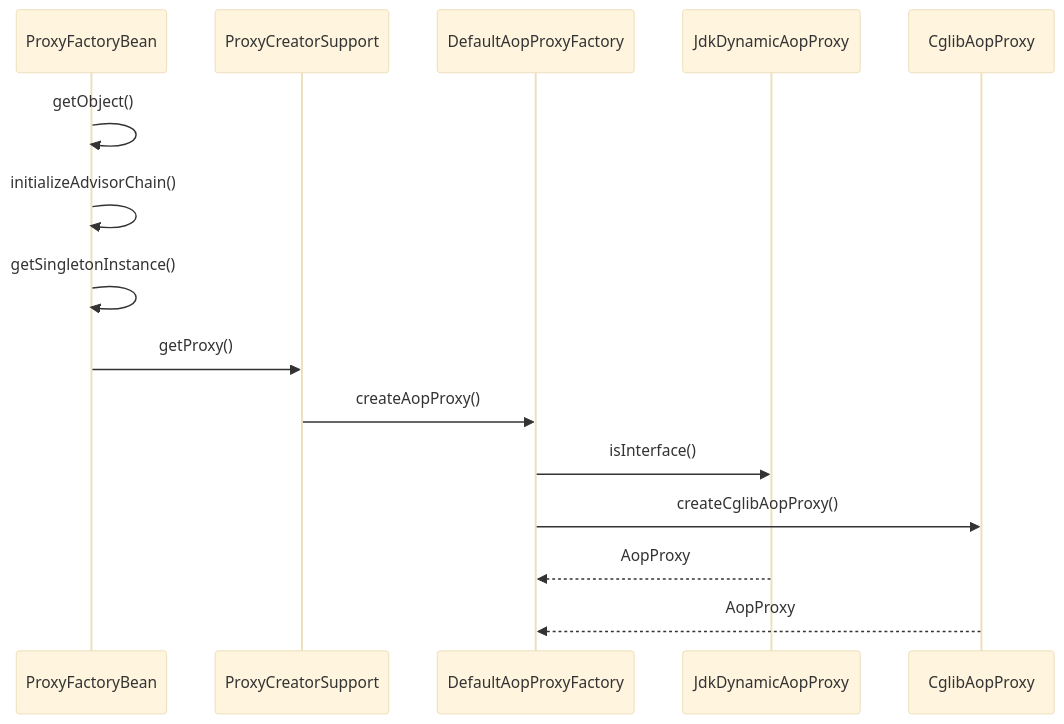
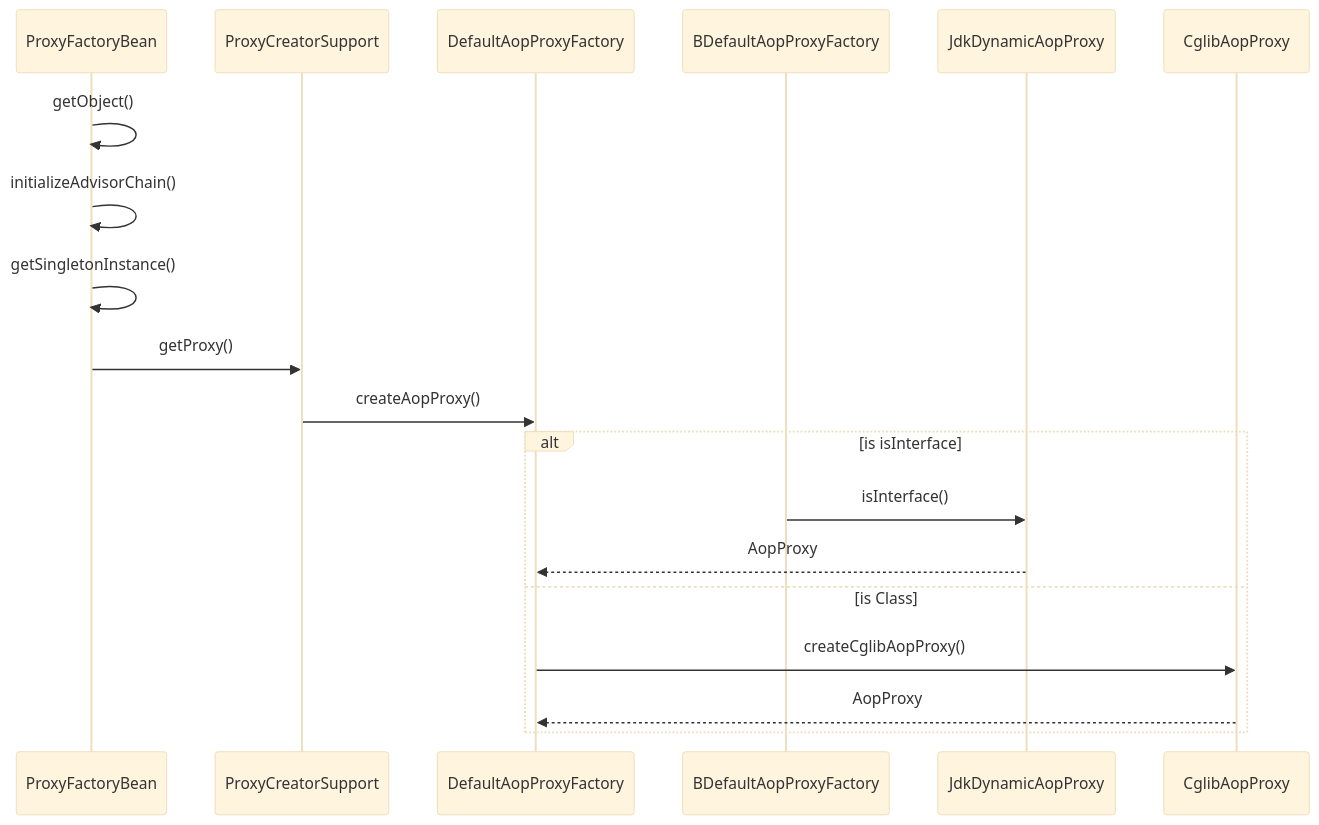
Before and after one commit to onlyonion/development: the diagram in 20-framework/src/spring/spring-aop/ProxyFactoryBean.md, drawn with Mermaid (base theme). The commit also changed other lines of this file and 48 other files, not shown here.

````diff
--- a/20-framework/src/spring/spring-aop/ProxyFactoryBean.md
+++ b/20-framework/src/spring/spring-aop/ProxyFactoryBean.md
@@ -11,18 +20,20 @@
 ```mermaid
 sequenceDiagram
     %% 实现FactoryBean，实例化通知链
     ProxyFactoryBean ->> ProxyFactoryBean: getObject()
     ProxyFactoryBean ->> ProxyFactoryBean: initializeAdvisorChain()
     ProxyFactoryBean ->> ProxyFactoryBean: getSingletonInstance()
 
     %% 创建代理对象
     ProxyFactoryBean ->> ProxyCreatorSupport: getProxy()
     ProxyCreatorSupport ->> DefaultAopProxyFactory: createAopProxy()
 
     %% Jdk或者Cglib创建代理对象
-    DefaultAopProxyFactory ->> JdkDynamicAopProxy: isInterface()
-    DefaultAopProxyFactory ->> CglibAopProxy: createCglibAopProxy()
-
-    JdkDynamicAopProxy -->> DefaultAopProxyFactory: AopProxy
-    CglibAopProxy -->> DefaultAopProxyFactory: AopProxy
+    alt is isInterface
+　　　　BDefaultAopProxyFactory ->> JdkDynamicAopProxy: isInterface()
+        JdkDynamicAopProxy -->> DefaultAopProxyFactory: AopProxy
+　　else is Class
+　　　　DefaultAopProxyFactory ->> CglibAopProxy: createCglibAopProxy()
+        CglibAopProxy -->> DefaultAopProxyFactory: AopProxy
+　　end
 ```
````
